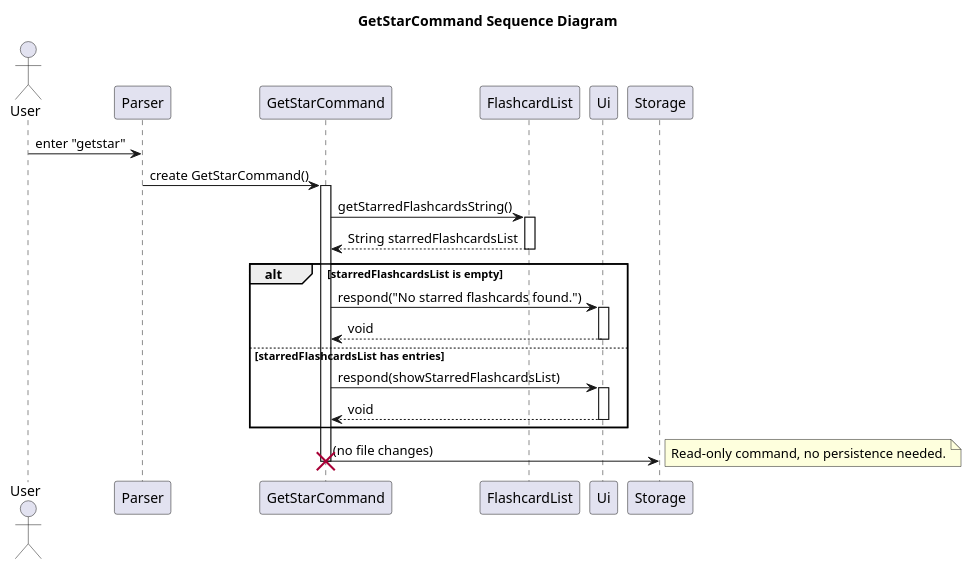
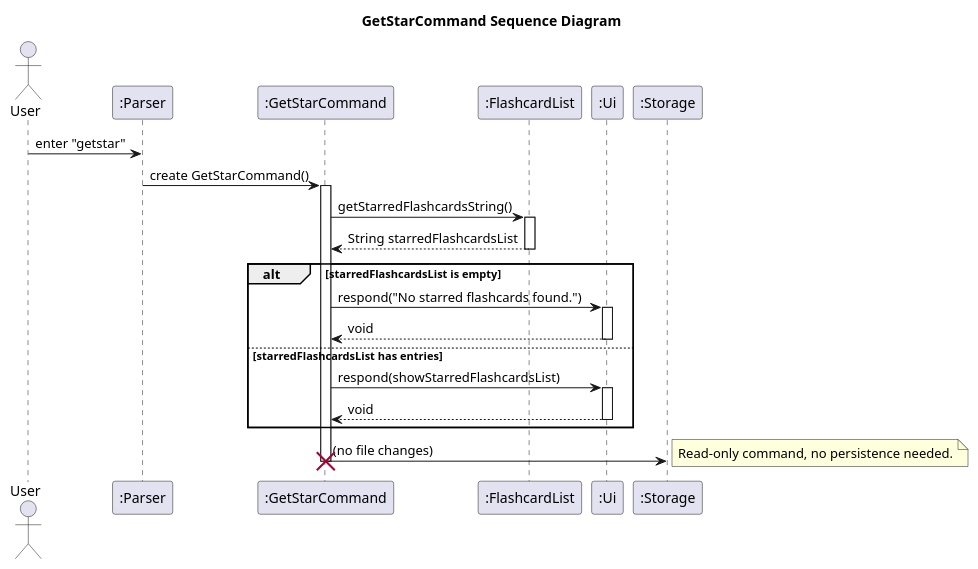
One commit to ashutoshalung/tp changed the diagram in docs/diagrams/GetStarFeature_Overall.puml. Above: the diagram before and after it, drawn with PlantUML. The commit also changed 5 other files, not shown here.

Commit message:
Fix star flashcard feature

```diff
--- a/docs/diagrams/GetStarFeature_Overall.puml
+++ b/docs/diagrams/GetStarFeature_Overall.puml
@@ -1,37 +1,38 @@
 @startuml
 title GetStarCommand Sequence Diagram
 
 actor User
-participant Parser
-participant GetStarCommand
-participant FlashcardList
-participant Ui
-participant Storage
+participant ":Parser" as parser
+participant ":GetStarCommand" as getStarCommand
+participant ":FlashcardList" as flashcardList
+participant ":Ui" as ui
+participant ":Storage" as storage
 
-User -> Parser : enter "getstar"
-Parser -> GetStarCommand : create GetStarCommand()
+User -> parser : enter "getstar"
+parser -> getStarCommand : create GetStarCommand()
+activate getStarCommand
 
-activate GetStarCommand
-GetStarCommand -> FlashcardList : getStarredFlashcardsString()
-activate FlashcardList
-FlashcardList --> GetStarCommand : String starredFlashcardsList
-deactivate FlashcardList
+getStarCommand -> flashcardList : getStarredFlashcardsString()
+activate flashcardList
+flashcardList --> getStarCommand : String starredFlashcardsList
+deactivate flashcardList
 
 alt starredFlashcardsList is empty
-    GetStarCommand -> Ui : respond("No starred flashcards found.")
-    activate Ui
-    Ui --> GetStarCommand : void
-    deactivate Ui
+    getStarCommand -> ui : respond("No starred flashcards found.")
+    activate ui
+    ui --> getStarCommand : void
+    deactivate ui
 else starredFlashcardsList has entries
-    GetStarCommand -> Ui : respond(showStarredFlashcardsList)
-    activate Ui
-    Ui --> GetStarCommand : void
-    deactivate Ui
+    getStarCommand -> ui : respond(showStarredFlashcardsList)
+    activate ui
+    ui --> getStarCommand : void
+    deactivate ui
 end
 
-GetStarCommand -> Storage : (no file changes)
+getStarCommand -> storage : (no file changes)
 note right: Read-only command, no persistence needed.
 
-destroy GetStarCommand
+' --- Object cleanup phase ---
+destroy getStarCommand
 
 @enduml
```
